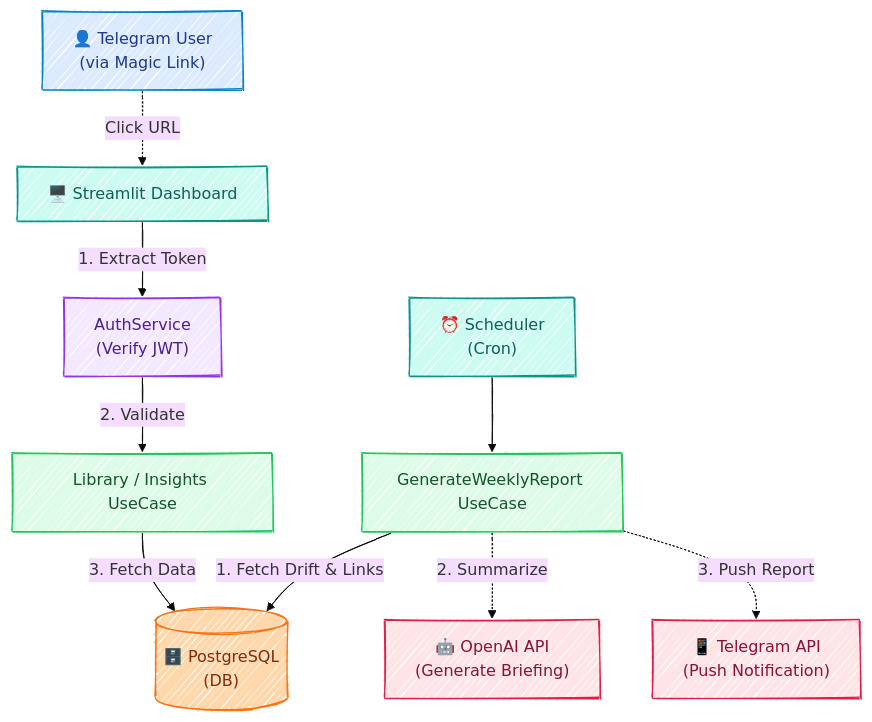
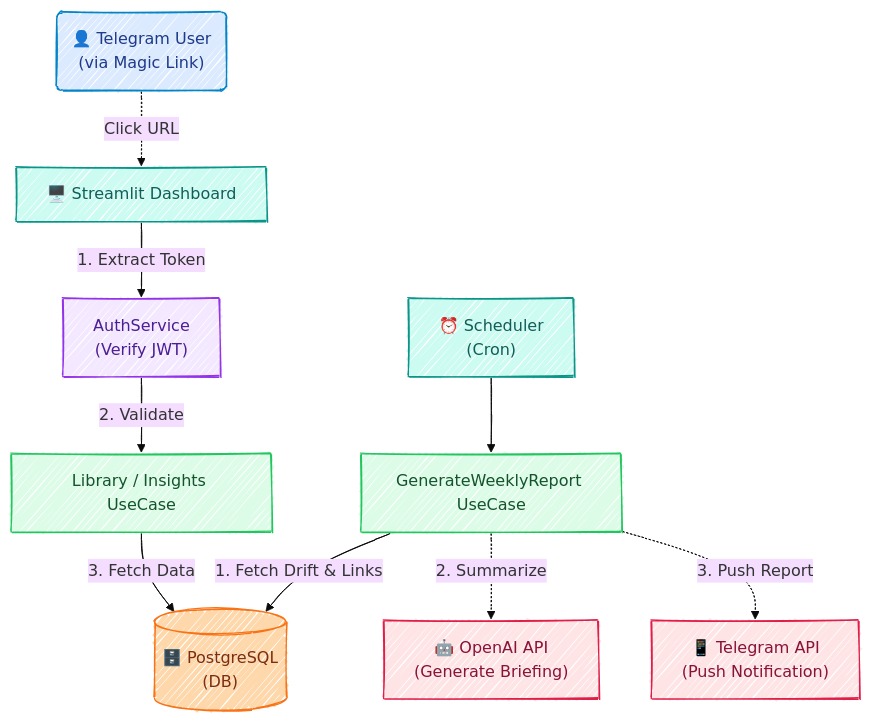
One commit to chanubc/LinkdBot-RAG changed the second of 3 diagrams in README.md. Above: the diagram before and after it, drawn with Mermaid. The commit also changed other lines of this file, not shown here.

First line of the commit message:
[docs]: Update workflow diagram shapes to follow Mermaid conventions

````diff
--- a/README.md
+++ b/README.md
@@ -113,29 +113,29 @@
 ```mermaid
 %%{init: {"theme": "base", "look": "handDrawn", "themeVariables": {"fontFamily": "Comic Sans MS"}}}%%
 flowchart TD
     classDef user fill:#dbeafe,stroke:#0284c7,color:#1e3a8a
     classDef interface fill:#ccfbf1,stroke:#0d9488,color:#115e59
     classDef router fill:#f3e8ff,stroke:#9333ea,color:#4c1d95
     classDef usecase fill:#dcfce7,stroke:#22c55e,color:#14532d
     classDef storage fill:#fed7aa,stroke:#f97316,color:#7c2d12
     classDef external fill:#ffe4e6,stroke:#e11d48,color:#881337
 
-    A1["👤 Telegram User<br/>(via Magic Link)"]:::user
+    A1("👤 Telegram User<br/>(via Magic Link)"):::user
     A2["⏰ Scheduler<br/>(Cron)"]:::interface
     B1["🖥️ Streamlit Dashboard"]:::interface
     B2["AuthService<br/>(Verify JWT)"]:::router
     C1["Library / Insights UseCase"]:::usecase
     C2["GenerateWeeklyReport UseCase"]:::usecase
     D[("🗄️ PostgreSQL<br/>(DB)")]:::storage
     E1["🤖 OpenAI API<br/>(Generate Briefing)"]:::external
     E2["📱 Telegram API<br/>(Push Notification)"]:::external
 
     A1 -.->|"Click URL"| B1
     B1 -->|"1. Extract Token"| B2
     B2 -->|"2. Validate"| C1
     C1 -->|"3. Fetch Data"| D
     A2 --> C2
     C2 -->|"1. Fetch Drift & Links"| D
     C2 -.->|"2. Summarize"| E1
     C2 -.->|"3. Push Report"| E2
 ```
````
